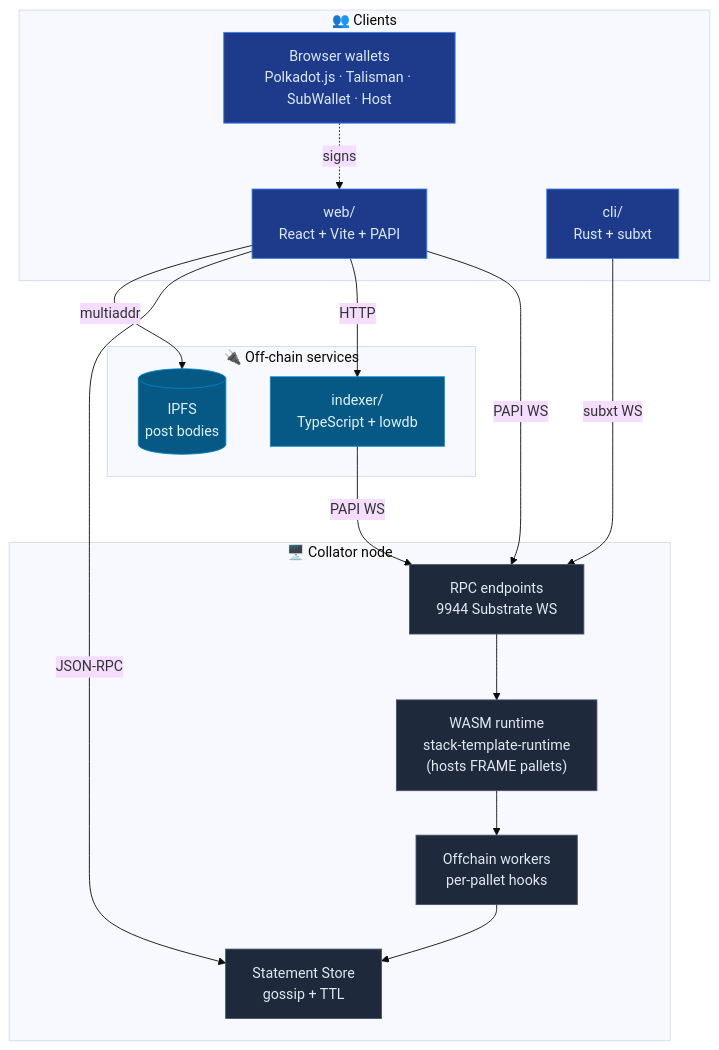
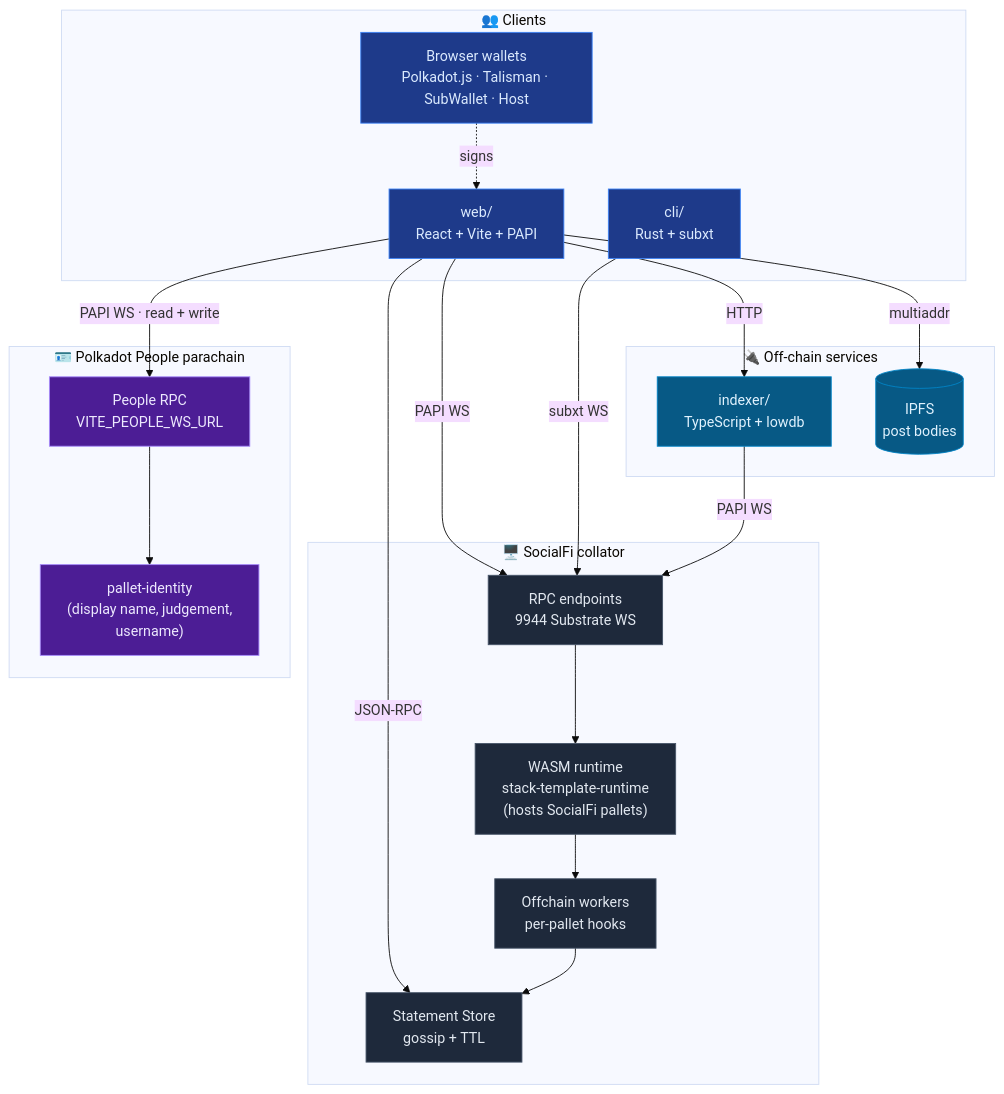
One commit to germankuber/socialfi-protocol changed the first of 5 diagrams in docs/ARCHITECTURE_OVERVIEW.md. Above: the diagram before and after it, drawn with Mermaid (base theme). The commit also changed other lines of this file and 16 other files, not shown here.

````diff
--- a/docs/ARCHITECTURE_OVERVIEW.md
+++ b/docs/ARCHITECTURE_OVERVIEW.md
@@ -38,41 +40,50 @@
 ```mermaid
 graph TB
     subgraph Clients["👥 Clients"]
         Web["web/<br/>React + Vite + PAPI"]
         CLI["cli/<br/>Rust + subxt"]
         Wallets["Browser wallets<br/>Polkadot.js · Talisman · SubWallet · Host"]
     end
 
     subgraph Services["🔌 Off-chain services"]
         Indexer["indexer/<br/>TypeScript + lowdb"]
         IPFS[("IPFS<br/>post bodies")]
     end
 
-    subgraph Node["🖥️ Collator node"]
+    subgraph Node["🖥️ SocialFi collator"]
         RPC["RPC endpoints<br/>9944 Substrate WS"]
-        Runtime["WASM runtime<br/>stack-template-runtime<br/>(hosts FRAME pallets)"]
+        Runtime["WASM runtime<br/>stack-template-runtime<br/>(hosts SocialFi pallets)"]
         OCW["Offchain workers<br/>per-pallet hooks"]
         SS["Statement Store<br/>gossip + TTL"]
     end
 
+    subgraph People["🪪 Polkadot People parachain"]
+        PeopleRPC["People RPC<br/>VITE_PEOPLE_WS_URL"]
+        PalletIdentity["pallet-identity<br/>(display name, judgement,<br/>username)"]
+        PeopleRPC --> PalletIdentity
+    end
+
     Web -->|PAPI WS| RPC
+    Web -->|PAPI WS · read + write| PeopleRPC
     Wallets -.signs.-> Web
     Web -->|HTTP| Indexer
     Web -->|JSON-RPC| SS
     Web -->|multiaddr| IPFS
 
     CLI -->|subxt WS| RPC
 
     Indexer -->|PAPI WS| RPC
 
     RPC --> Runtime
     Runtime --> OCW
     OCW --> SS
 
     classDef chain fill:#1e293b,color:#e2e8f0,stroke:#475569
+    classDef people fill:#4c1d95,color:#ede9fe,stroke:#a78bfa
     classDef offchain fill:#075985,color:#e0f2fe,stroke:#0284c7
     classDef client fill:#1e3a8a,color:#dbeafe,stroke:#3b82f6
     class RPC,Runtime,OCW,SS chain
+    class PeopleRPC,PalletIdentity people
     class Indexer,IPFS offchain
     class Web,CLI,Wallets client
 ```
````
